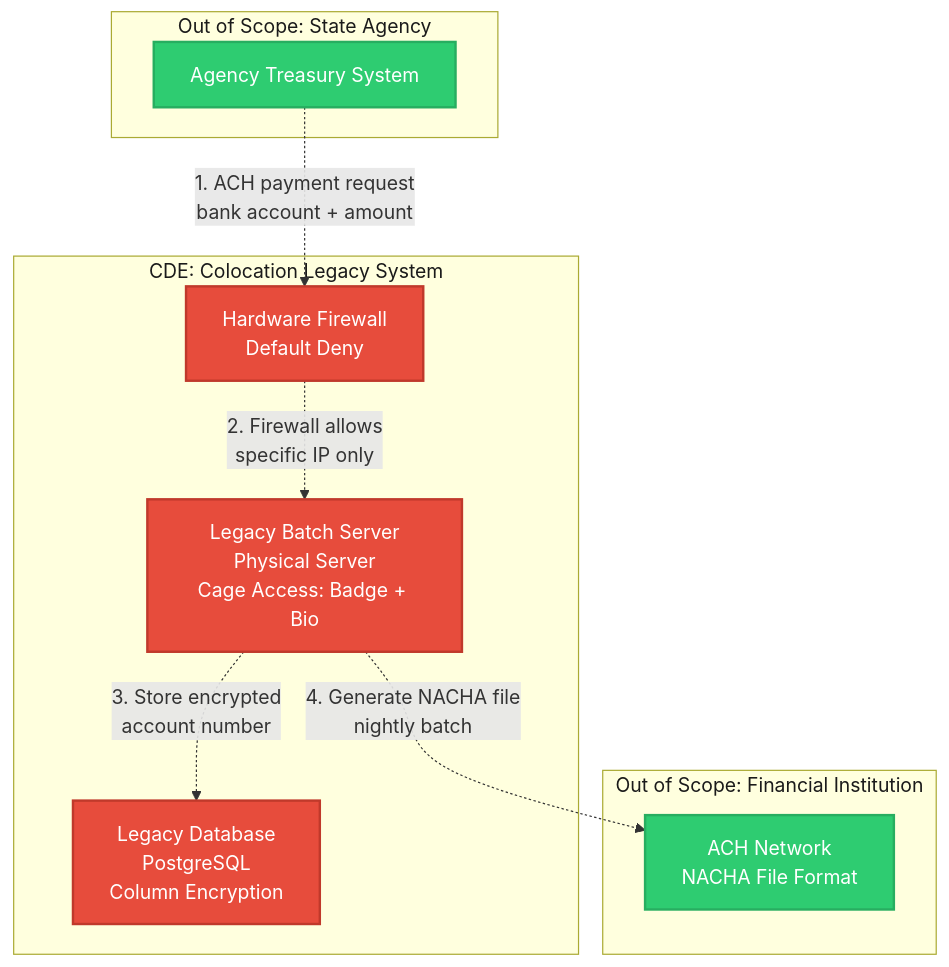
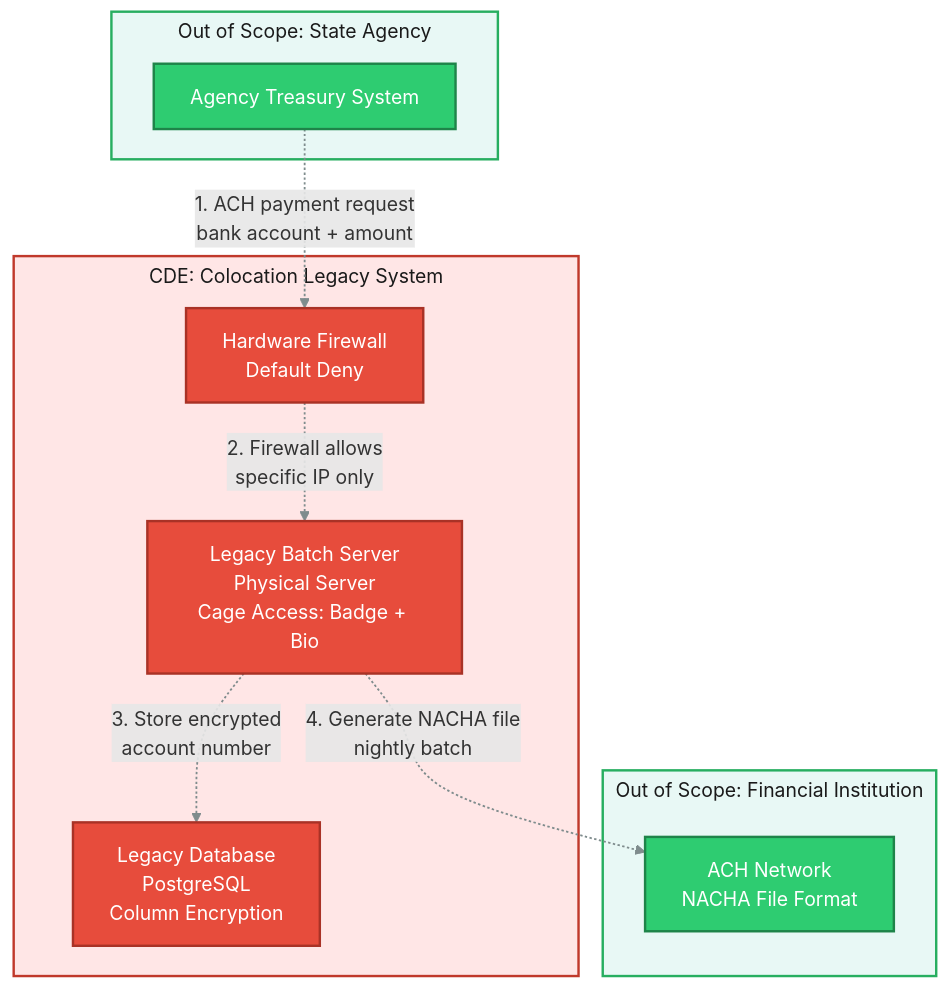
Before and after one commit to Josephkamara/audit-defense-portfolio: the third of 3 diagrams in projects/payment-processor-compliance-program/01-scoping/cardholder-data-flow.md, drawn with Mermaid. The commit also changed other lines of this file, not shown here.

Commit message:
Final validated data flow diagrams

````diff
--- a/projects/payment-processor-compliance-program/01-scoping/cardholder-data-flow.md
+++ b/projects/payment-processor-compliance-program/01-scoping/cardholder-data-flow.md
@@ -134,37 +115,29 @@
 ```mermaid
-graph TB
+%%{init: {"flowchart": {"subGraphTitleMargin": {"top": 4, "bottom": 14}}}}%%
+flowchart TB
     subgraph agency3["Out of Scope: State Agency"]
         A["Agency Treasury System"]
     end
-    
     subgraph colo["CDE: Colocation Legacy System"]
         D["Hardware Firewall<br/>Default Deny"]
         B["Legacy Batch Server<br/>Physical Server<br/>Cage Access: Badge + Bio"]
         C["Legacy Database<br/>PostgreSQL<br/>Column Encryption"]
     end
-    
     subgraph ach["Out of Scope: Financial Institution"]
         E["ACH Network<br/>NACHA File Format"]
     end
-    
+
     A -.->|"1. ACH payment request<br/>bank account + amount"| D
     D -.->|"2. Firewall allows<br/>specific IP only"| B
     B -.->|"3. Store encrypted<br/>account number"| C
     B -.->|"4. Generate NACHA file<br/>nightly batch"| E
-    
-    classDef cdeNode fill:#e74c3c,stroke:#c0392b,stroke-width:2px,color:#fff
-    classDef outOfScopeNode fill:#2ecc71,stroke:#27ae60,stroke-width:2px,color:#fff
-    
+
+    linkStyle 0,1,2,3 stroke:#7f8c8d,stroke-width:1.5px
+    classDef cdeNode fill:#e74c3c,stroke:#a93226,stroke-width:2px,color:#ffffff
+    classDef oosNode fill:#2ecc71,stroke:#1e8449,stroke-width:2px,color:#ffffff
     class B,C,D cdeNode
-    class A,E outOfScopeNode
-    
-    classDef cdeSubgraph fill:#ffe6e6,stroke:#c0392b,stroke-width:3px
-    classDef outOfScopeSubgraph fill:#e8f8f5,stroke:#27ae60,stroke-width:3px
-    
-    class colo cdeSubgraph
-    class agency3,ach outOfScopeSubgraph
-    
-    style agency3 color:#1a1a1a
-    style colo color:#1a1a1a
-    style ach color:#1a1a1a
+    class A,E oosNode
+    style agency3 fill:#e8f8f5,stroke:#27ae60,stroke-width:2px,color:#1a1a1a
+    style colo fill:#ffe6e6,stroke:#c0392b,stroke-width:2px,color:#1a1a1a
+    style ach fill:#e8f8f5,stroke:#27ae60,stroke-width:2px,color:#1a1a1a
 ```
````
